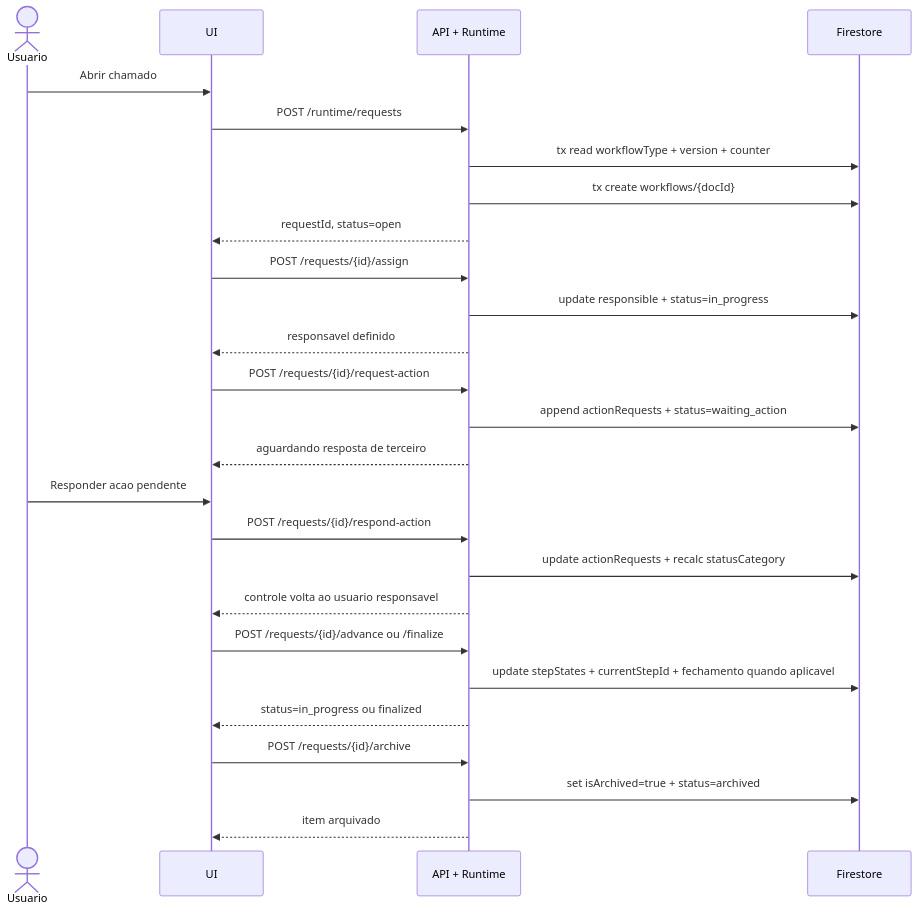
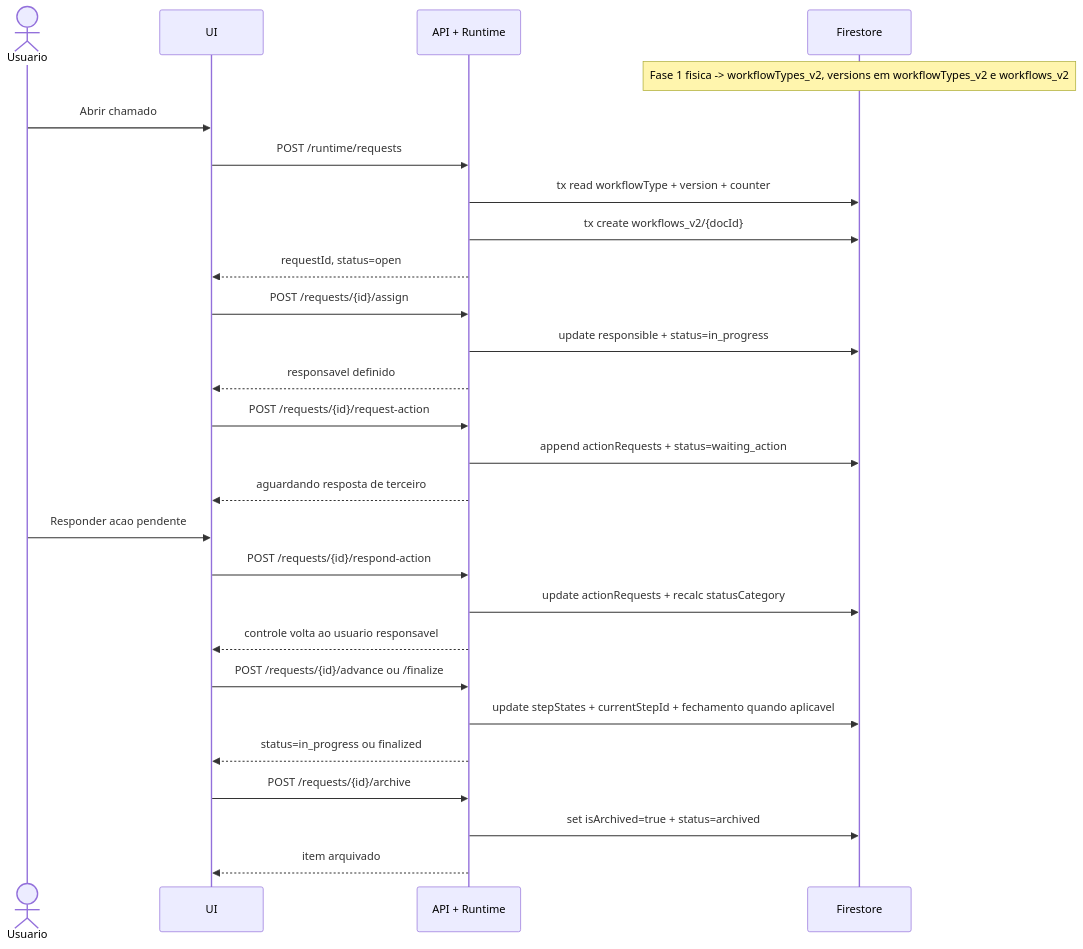
The diagram in docs/workflows_new/docs_step2/diagrams/04-request-end-to-end-sequence.mmd (3Ainvestimentos/Connect-backup), drawn with Mermaid before and after one commit. The commit also changed 23 other files, not shown here.

```diff
--- a/docs/workflows_new/docs_step2/diagrams/04-request-end-to-end-sequence.mmd
+++ b/docs/workflows_new/docs_step2/diagrams/04-request-end-to-end-sequence.mmd
@@ -1,26 +1,27 @@
 sequenceDiagram
     actor User as Usuario
     participant UI
     participant BE as API + Runtime
     participant FS as Firestore
+    Note over FS: Fase 1 fisica -> workflowTypes_v2, versions em workflowTypes_v2 e workflows_v2
     User->>UI: Abrir chamado
     UI->>BE: POST /runtime/requests
     BE->>FS: tx read workflowType + version + counter
-    BE->>FS: tx create workflows/{docId}
+    BE->>FS: tx create workflows_v2/{docId}
     BE-->>UI: requestId, status=open
     UI->>BE: POST /requests/{id}/assign
     BE->>FS: update responsible + status=in_progress
     BE-->>UI: responsavel definido
     UI->>BE: POST /requests/{id}/request-action
     BE->>FS: append actionRequests + status=waiting_action
     BE-->>UI: aguardando resposta de terceiro
     User->>UI: Responder acao pendente
     UI->>BE: POST /requests/{id}/respond-action
     BE->>FS: update actionRequests + recalc statusCategory
     BE-->>UI: controle volta ao usuario responsavel
     UI->>BE: POST /requests/{id}/advance ou /finalize
     BE->>FS: update stepStates + currentStepId + fechamento quando aplicavel
     BE-->>UI: status=in_progress ou finalized
     UI->>BE: POST /requests/{id}/archive
     BE->>FS: set isArchived=true + status=archived
     BE-->>UI: item arquivado
```
